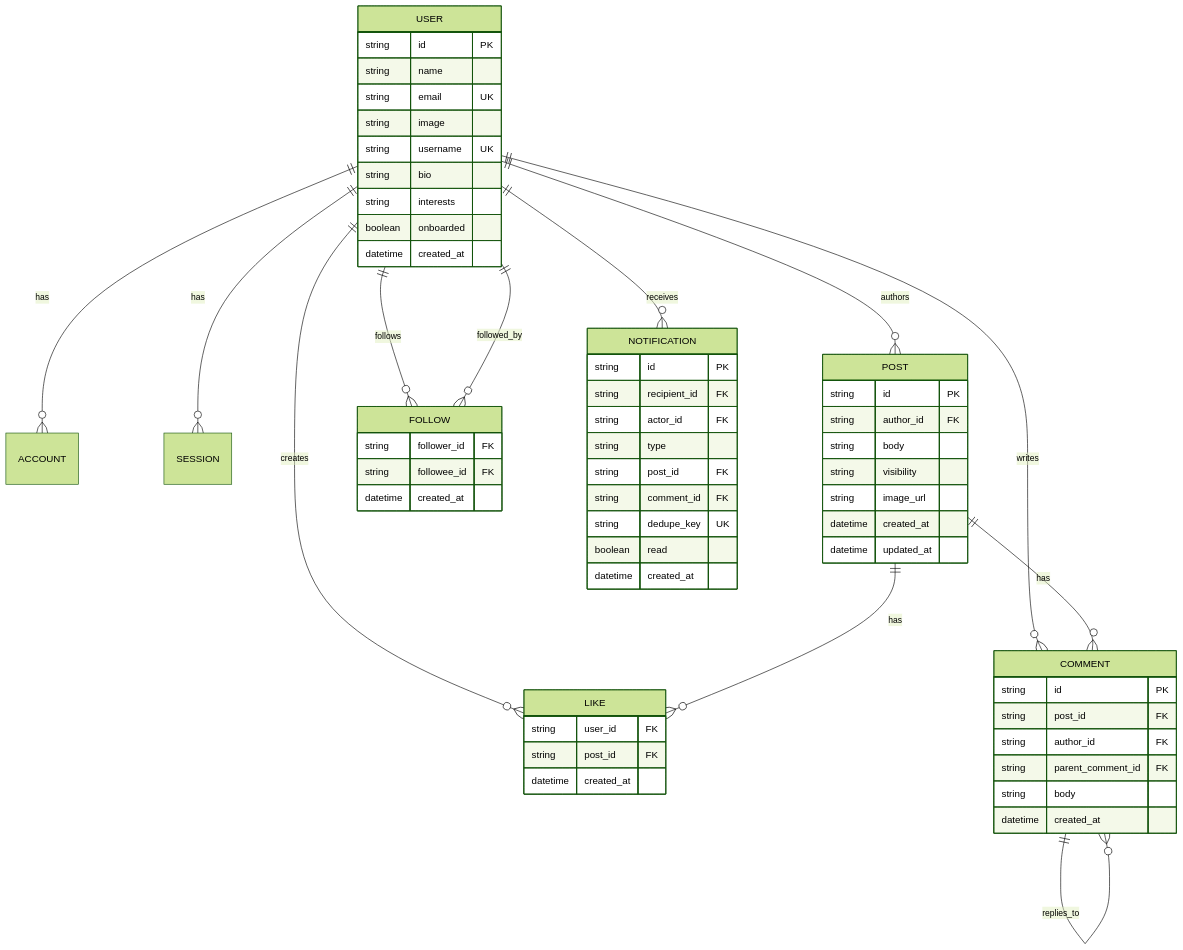
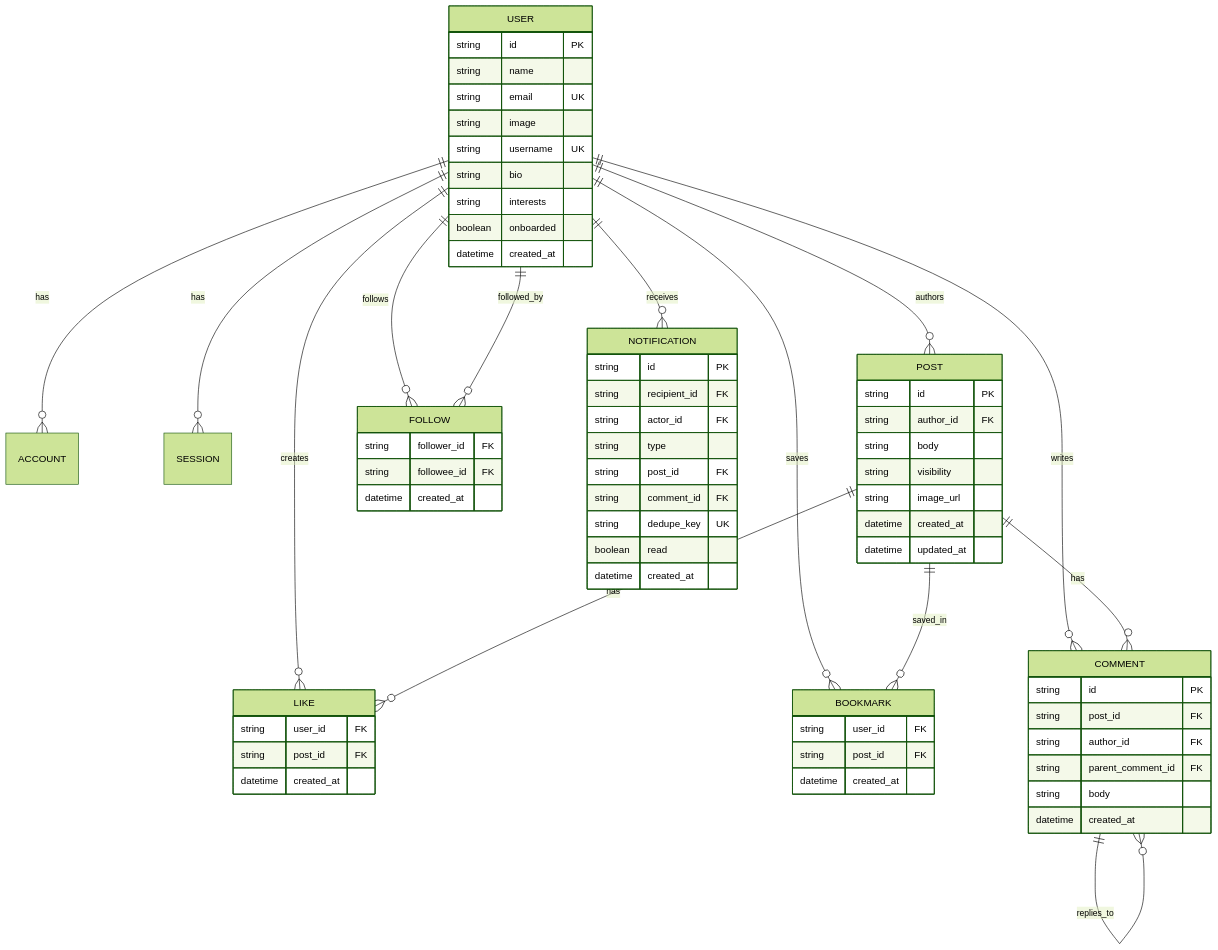
Before and after one commit to japanese-project/sns-project: the diagram in docs/database.md, drawn with Mermaid (forest theme). The commit also changed other lines of this file and 17 other files, not shown here.

````diff
--- a/docs/database.md
+++ b/docs/database.md
@@ -22,70 +23,78 @@
 ```mermaid
 erDiagram
     USER ||--o{ ACCOUNT : has
     USER ||--o{ SESSION : has
     USER ||--o{ POST : authors
     USER ||--o{ LIKE : creates
+    USER ||--o{ BOOKMARK : saves
     USER ||--o{ COMMENT : writes
     USER ||--o{ FOLLOW : follows
     USER ||--o{ FOLLOW : followed_by
     USER ||--o{ NOTIFICATION : receives
 
     POST ||--o{ LIKE : has
+    POST ||--o{ BOOKMARK : saved_in
     POST ||--o{ COMMENT : has
     COMMENT ||--o{ COMMENT : replies_to
 
     USER {
         string id PK
         string name
         string email UK
         string image
         string username UK
         string bio
         string interests
         boolean onboarded
         datetime created_at
     }
 
     POST {
         string id PK
         string author_id FK
         string body
         string visibility
         string image_url
         datetime created_at
         datetime updated_at
     }
 
     LIKE {
+        string user_id FK
+        string post_id FK
+        datetime created_at
+    }
+
+    BOOKMARK {
         string user_id FK
         string post_id FK
         datetime created_at
     }
 
     COMMENT {
         string id PK
         string post_id FK
         string author_id FK
         string parent_comment_id FK
         string body
         datetime created_at
     }
 
     FOLLOW {
         string follower_id FK
         string followee_id FK
         datetime created_at
     }
 
     NOTIFICATION {
         string id PK
         string recipient_id FK
         string actor_id FK
         string type
         string post_id FK
         string comment_id FK
         string dedupe_key UK
         boolean read
         datetime created_at
     }
 ```
````
